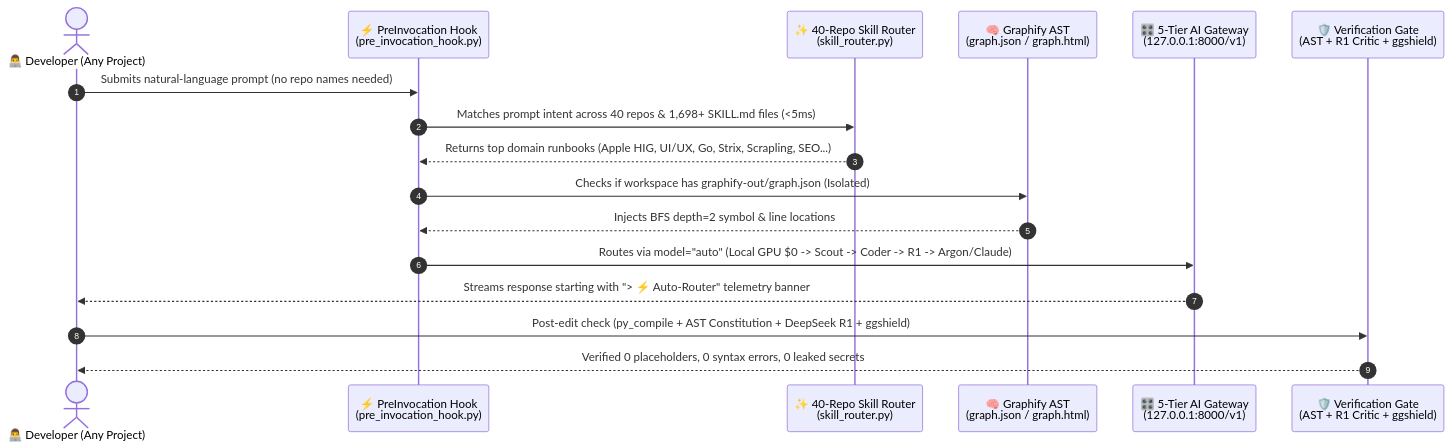
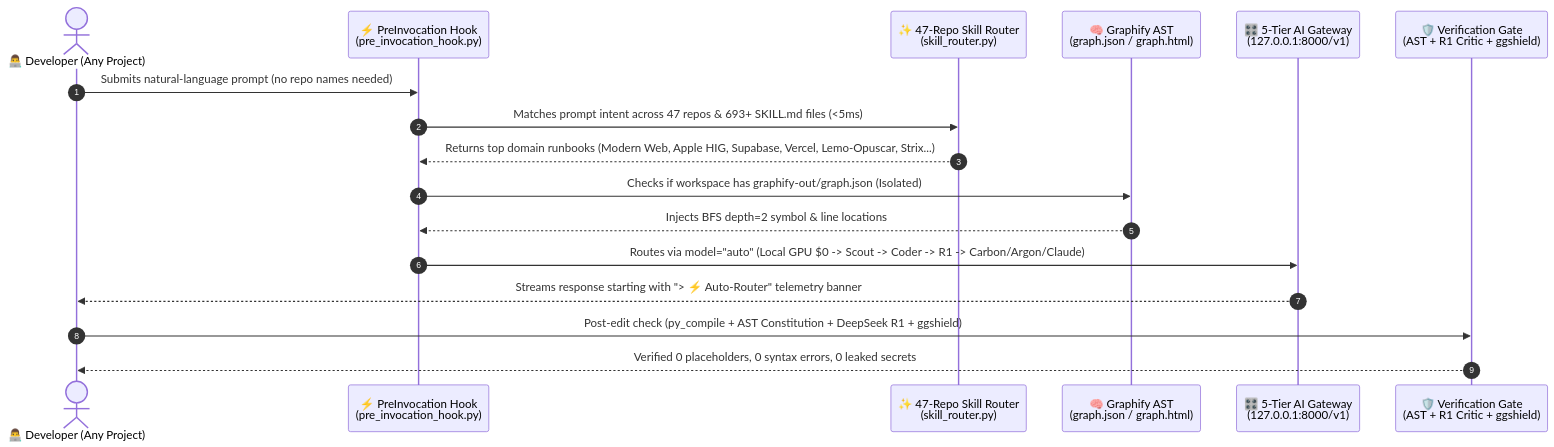
The first of 2 diagrams in README.md (dhurianiket/agent-workstation-setup), drawn with Mermaid before and after one commit. The commit also changed other lines of this file and 5 other files, not shown here.

Commit message:
feat: add 6 ecosystem skills incl. modern-web-guidance & lemo-opuscar, modernize dashboard, add Gemini 4 Carbon & telemetry caching

````diff
--- a/README.md
+++ b/README.md
@@ -101,20 +101,20 @@
 ```mermaid
 sequenceDiagram
     autonumber
     actor Dev as 👨‍💻 Developer (Any Project)
     participant Hook as ⚡ PreInvocation Hook<br/>(pre_invocation_hook.py)
-    participant Skills as ✨ 40-Repo Skill Router<br/>(skill_router.py)
+    participant Skills as ✨ 47-Repo Skill Router<br/>(skill_router.py)
     participant Graph as 🧠 Graphify AST<br/>(graph.json / graph.html)
     participant GW as 🎛️ 5-Tier AI Gateway<br/>(127.0.0.1:8000/v1)
     participant Gate as 🛡️ Verification Gate<br/>(AST + R1 Critic + ggshield)
 
     Dev->>Hook: Submits natural-language prompt (no repo names needed)
-    Hook->>Skills: Matches prompt intent across 40 repos & 1,698+ SKILL.md files (<5ms)
-    Skills-->>Hook: Returns top domain runbooks (Apple HIG, UI/UX, Go, Strix, Scrapling, SEO...)
+    Hook->>Skills: Matches prompt intent across 47 repos & 693+ SKILL.md files (<5ms)
+    Skills-->>Hook: Returns top domain runbooks (Modern Web, Apple HIG, Supabase, Vercel, Lemo-Opuscar, Strix...)
     Hook->>Graph: Checks if workspace has graphify-out/graph.json (Isolated)
     Graph-->>Hook: Injects BFS depth=2 symbol & line locations
-    Hook->>GW: Routes via model="auto" (Local GPU $0 -> Scout -> Coder -> R1 -> Argon/Claude)
+    Hook->>GW: Routes via model="auto" (Local GPU $0 -> Scout -> Coder -> R1 -> Carbon/Argon/Claude)
     GW-->>Dev: Streams response starting with "> ⚡ Auto-Router" telemetry banner
     Dev->>Gate: Post-edit check (py_compile + AST Constitution + DeepSeek R1 + ggshield)
     Gate-->>Dev: Verified 0 placeholders, 0 syntax errors, 0 leaked secrets
 ```
````
